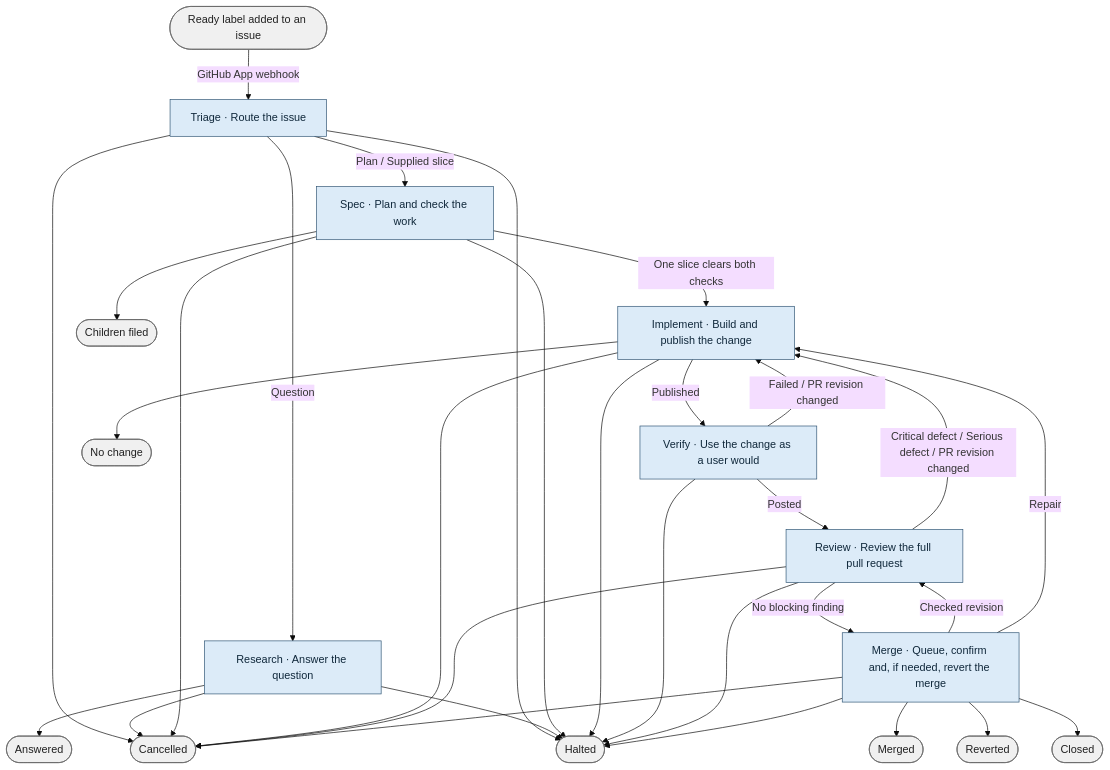
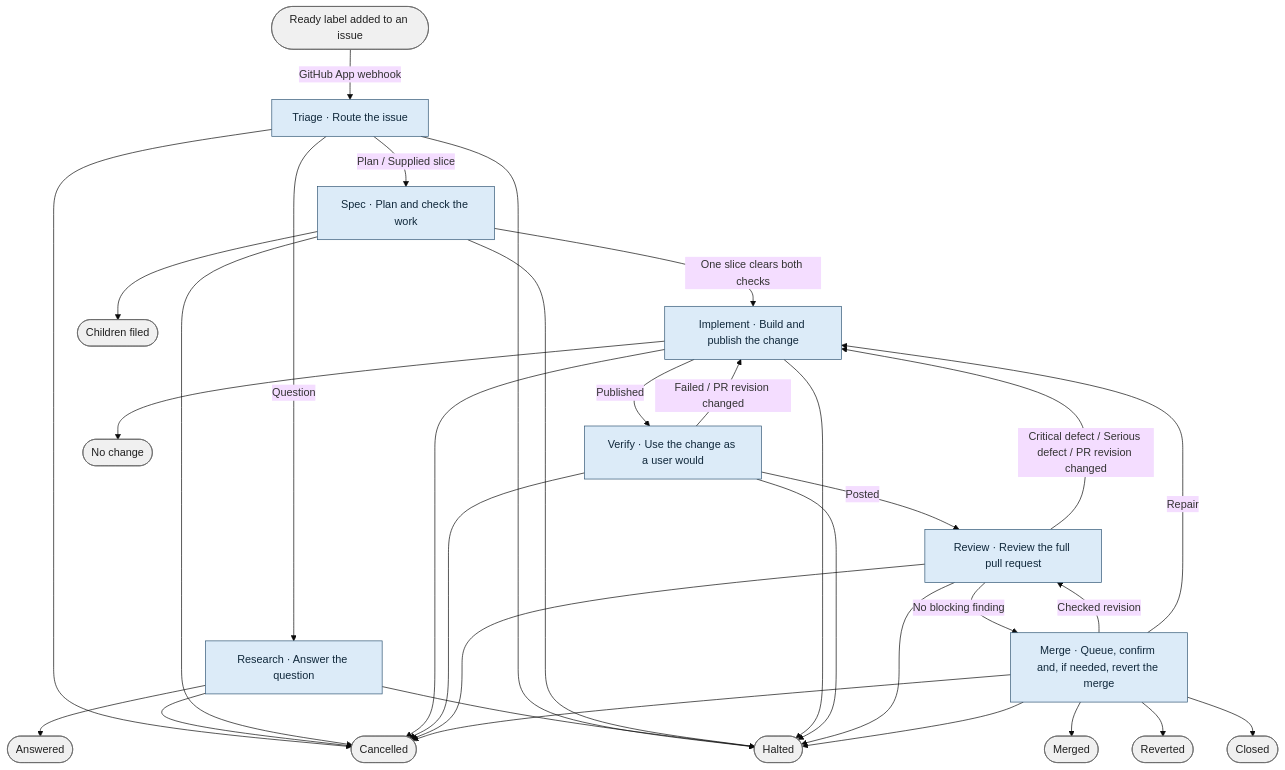
The diagram in docs/graph/blueprint/views/target.mmd (bookout-labs/tools), drawn with Mermaid (base theme) before and after one commit. The commit also changed 34 other files, not shown here.

```diff
--- a/docs/graph/blueprint/views/target.mmd
+++ b/docs/graph/blueprint/views/target.mmd
@@ -1,52 +1,53 @@
 flowchart TD
     n0(["Ready label added to an issue"]):::terminal
     n1["Triage · Route the issue"]:::stage
     n2["Research · Answer the question"]:::stage
     n3["Spec · Plan and check the work"]:::stage
     n4["Implement · Build and publish the change"]:::stage
     n5["Verify · Use the change as a user would"]:::stage
     n6["Review · Review the full pull request"]:::stage
     n7["Merge · Queue, confirm and, if needed, revert the merge"]:::stage
     n8(["Cancelled"]):::terminal
     n9(["Halted"]):::terminal
     n10(["Answered"]):::terminal
     n11(["Children filed"]):::terminal
     n12(["No change"]):::terminal
     n13(["Merged"]):::terminal
     n14(["Reverted"]):::terminal
     n15(["Closed"]):::terminal
     n0 -->|"GitHub App webhook"| n1
     n1 -->|"Question"| n2
     n1 -->|"Plan / Supplied slice"| n3
     n1 --> n8
     n1 --> n9
     n2 --> n10
     n2 --> n8
     n2 --> n9
     n3 -->|"One slice clears both checks"| n4
     n3 --> n11
     n3 --> n8
     n3 --> n9
     n4 -->|"Published"| n5
     n4 --> n12
     n4 --> n8
     n4 --> n9
     n5 -->|"Posted"| n6
     n5 -->|"Failed / PR revision changed"| n4
+    n5 --> n8
     n5 --> n9
     n6 -->|"Critical defect / Serious defect / PR revision changed"| n4
     n6 -->|"No blocking finding"| n7
     n6 --> n8
     n6 --> n9
     n7 --> n13
     n7 --> n14
     n7 --> n15
     n7 -->|"Checked revision"| n6
     n7 -->|"Repair"| n4
     n7 --> n8
     n7 --> n9
     classDef stage fill:#dcebf8,stroke:#315675,color:#10283b
     classDef step fill:#edf3f8,stroke:#597187,color:#132638
     classDef worker fill:#d7f0e8,stroke:#357369,color:#133c36
     classDef gate fill:#fff0c9,stroke:#89641f,color:#3f2b0b
     classDef terminal fill:#f0f0f0,stroke:#666666,color:#202020
```
